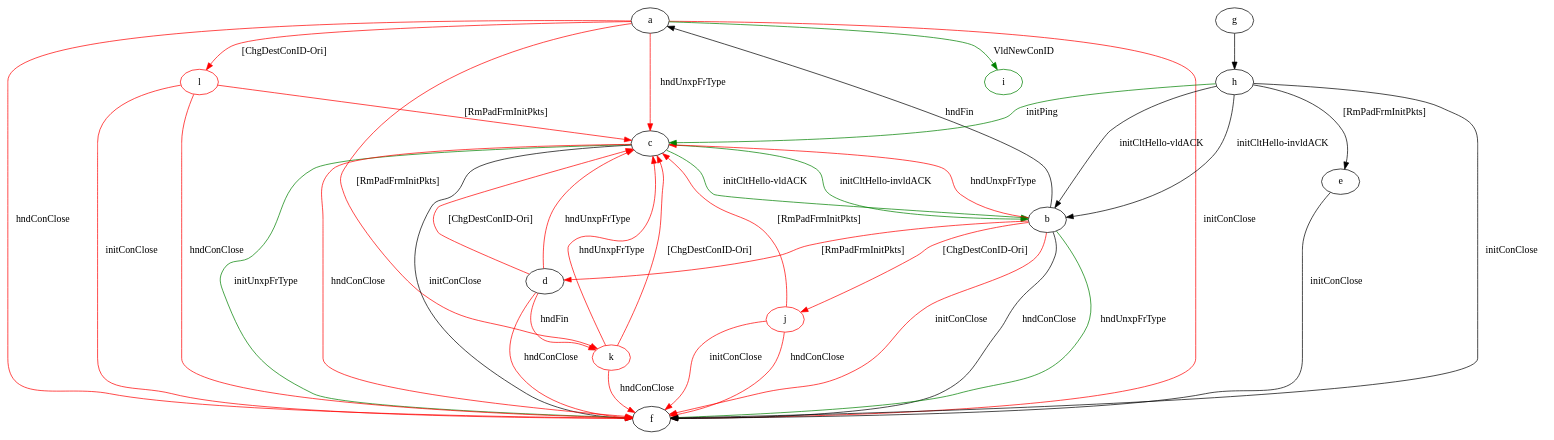
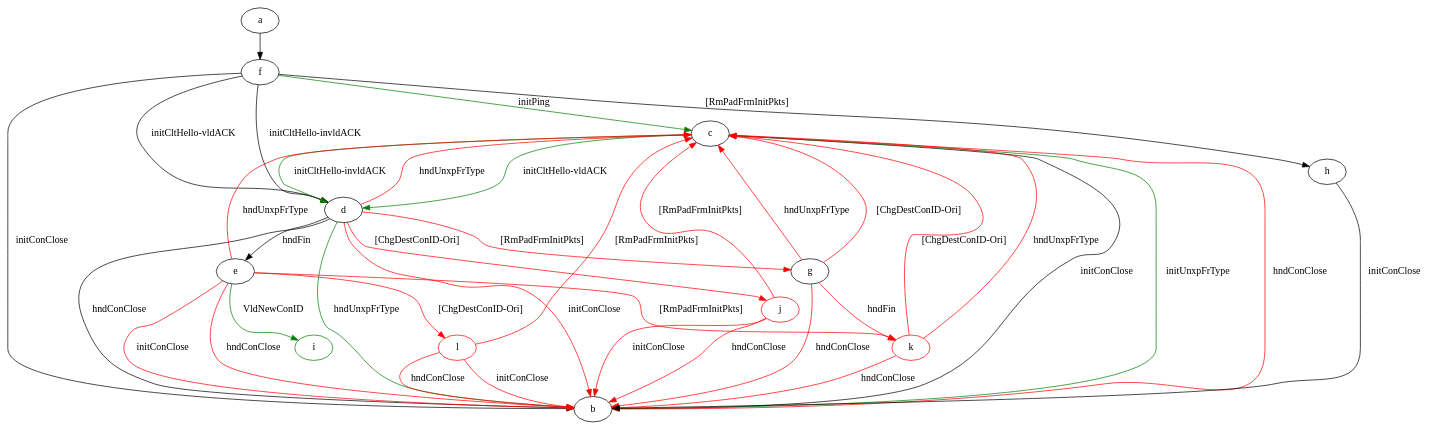
The diagram in results/lsquicModels/crossCheckResults/lsquic-B-s-0_vs_pquic-B-s-0.dot (QUICTester/QUICTester), drawn with Graphviz before and after one commit. The commit also changed 2030 other files, not shown here.

```diff
--- a/results/lsquicModels/crossCheckResults/lsquic-B-s-0_vs_pquic-B-s-0.dot
+++ b/results/lsquicModels/crossCheckResults/lsquic-B-s-0_vs_pquic-B-s-0.dot
@@ -1,110 +1,110 @@
 digraph "" {
-	a -> c	[key=0,
+	a -> f	[key=0];
+	c -> b	[key=0,
+		label="initConClose "];
+	c -> b	[key=1,
+		color=green,
+		label="initUnxpFrType "];
+	c -> b	[key=2,
+		color=red,
+		label="hndConClose "];
+	c -> d	[key=0,
+		color=green,
+		label="initCltHello-vldACK "];
+	c -> d	[key=1,
+		color=green,
+		label="initCltHello-invldACK "];
+	d -> b	[key=0,
+		label="hndConClose "];
+	d -> b	[key=1,
+		color=green,
+		label="hndUnxpFrType "];
+	d -> b	[key=2,
+		color=red,
+		label="initConClose "];
+	d -> c	[key=0,
 		color=red,
 		label="hndUnxpFrType "];
-	a -> f	[key=0,
+	d -> e	[key=0,
+		label="hndFin "];
+	d -> g	[key=0,
+		color=red,
+		label="[RmPadFrmInitPkts] "];
+	j	[color=red];
+	d -> j	[key=0,
+		color=red,
+		label="[ChgDestConID-Ori] "];
+	e -> b	[key=0,
 		color=red,
 		label="initConClose "];
-	a -> f	[key=1,
+	e -> b	[key=1,
 		color=red,
 		label="hndConClose "];
+	e -> c	[key=0,
+		color=red,
+		label="hndUnxpFrType "];
 	i	[color=green];
-	a -> i	[key=0,
+	e -> i	[key=0,
 		color=green,
 		label="VldNewConID "];
 	k	[color=red];
-	a -> k	[key=0,
+	e -> k	[key=0,
 		color=red,
 		label="[RmPadFrmInitPkts] "];
 	l	[color=red];
-	a -> l	[key=0,
+	e -> l	[key=0,
 		color=red,
 		label="[ChgDestConID-Ori] "];
-	b -> a	[key=0,
-		label="hndFin "];
-	b -> c	[key=0,
+	f -> b	[key=0,
+		label="initConClose "];
+	f -> c	[key=0,
+		color=green,
+		label="initPing "];
+	f -> d	[key=0,
+		label="initCltHello-vldACK "];
+	f -> d	[key=1,
+		label="initCltHello-invldACK "];
+	f -> h	[key=0,
+		label="[RmPadFrmInitPkts] "];
+	g -> b	[key=0,
+		color=red,
+		label="hndConClose "];
+	g -> c	[key=0,
 		color=red,
 		label="hndUnxpFrType "];
-	b -> d	[key=0,
+	g -> c	[key=1,
 		color=red,
-		label="[RmPadFrmInitPkts] "];
-	b -> f	[key=0,
-		label="hndConClose "];
-	b -> f	[key=1,
-		color=green,
-		label="hndUnxpFrType "];
-	b -> f	[key=2,
+		label="[ChgDestConID-Ori] "];
+	g -> k	[key=0,
+		color=red,
+		label="hndFin "];
+	h -> b	[key=0,
+		label="initConClose "];
+	j -> b	[key=0,
 		color=red,
 		label="initConClose "];
-	j	[color=red];
-	b -> j	[key=0,
-		color=red,
-		label="[ChgDestConID-Ori] "];
-	c -> b	[key=0,
-		color=green,
-		label="initCltHello-vldACK "];
-	c -> b	[key=1,
-		color=green,
-		label="initCltHello-invldACK "];
-	c -> f	[key=0,
-		label="initConClose "];
-	c -> f	[key=1,
-		color=green,
-		label="initUnxpFrType "];
-	c -> f	[key=2,
+	j -> b	[key=1,
 		color=red,
 		label="hndConClose "];
-	d -> c	[key=0,
-		color=red,
-		label="hndUnxpFrType "];
-	d -> c	[key=1,
-		color=red,
-		label="[ChgDestConID-Ori] "];
-	d -> f	[key=0,
-		color=red,
-		label="hndConClose "];
-	d -> k	[key=0,
-		color=red,
-		label="hndFin "];
-	e -> f	[key=0,
-		label="initConClose "];
-	g -> h	[key=0];
-	h -> b	[key=0,
-		label="initCltHello-vldACK "];
-	h -> b	[key=1,
-		label="initCltHello-invldACK "];
-	h -> c	[key=0,
-		color=green,
-		label="initPing "];
-	h -> e	[key=0,
-		label="[RmPadFrmInitPkts] "];
-	h -> f	[key=0,
-		label="initConClose "];
 	j -> c	[key=0,
 		color=red,
 		label="[RmPadFrmInitPkts] "];
-	j -> f	[key=0,
-		color=red,
-		label="initConClose "];
-	j -> f	[key=1,
+	k -> b	[key=0,
 		color=red,
 		label="hndConClose "];
 	k -> c	[key=0,
 		color=red,
 		label="hndUnxpFrType "];
 	k -> c	[key=1,
 		color=red,
 		label="[ChgDestConID-Ori] "];
-	k -> f	[key=0,
+	l -> b	[key=0,
+		color=red,
+		label="initConClose "];
+	l -> b	[key=1,
 		color=red,
 		label="hndConClose "];
 	l -> c	[key=0,
 		color=red,
 		label="[RmPadFrmInitPkts] "];
-	l -> f	[key=0,
-		color=red,
-		label="initConClose "];
-	l -> f	[key=1,
-		color=red,
-		label="hndConClose "];
 }
```
